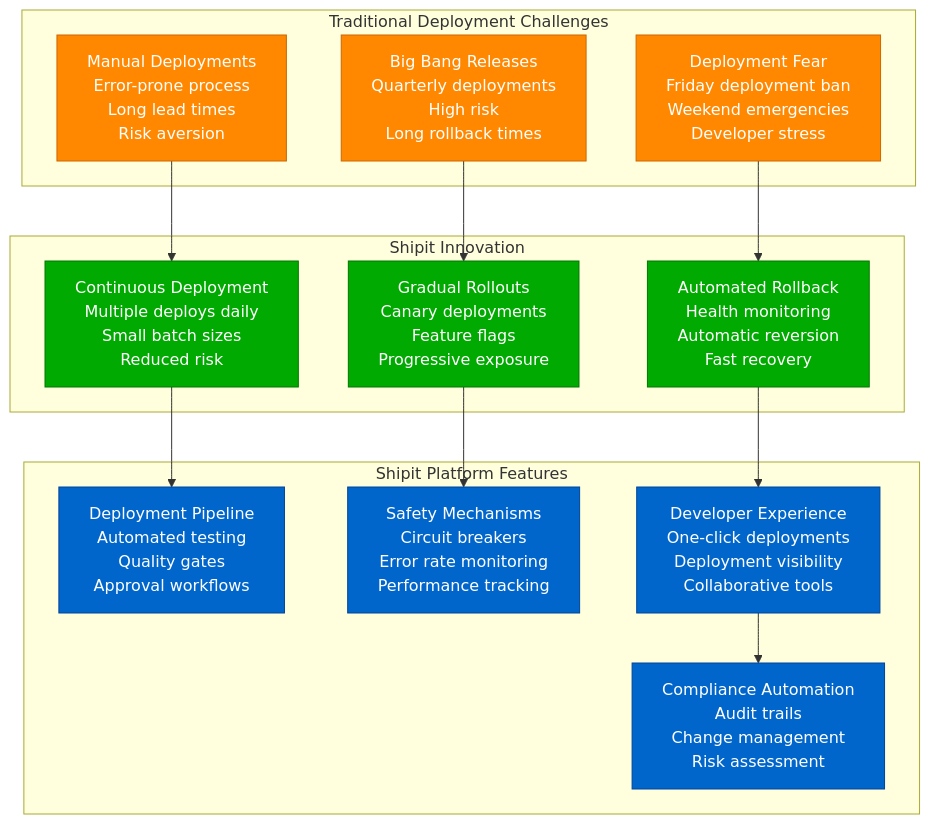
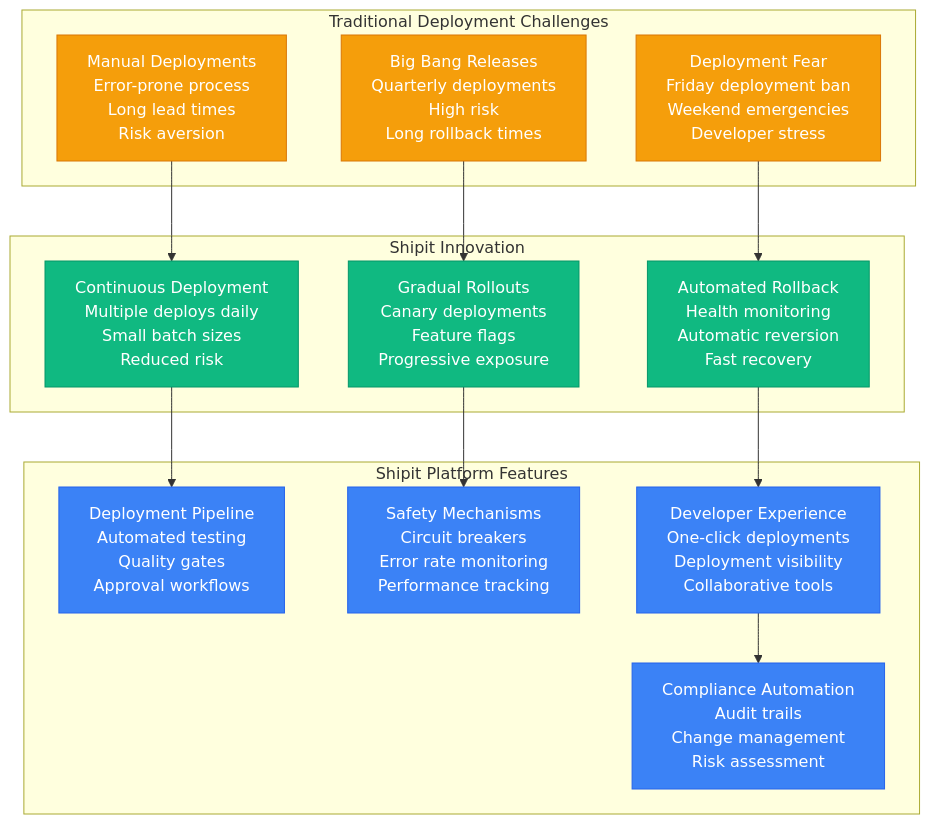
The sixth of 9 diagrams in site/docs/systems/shopify/novel-solutions.md (deepaucksharma/DS), drawn with Mermaid before and after one commit. The commit also changed other lines of this file and 303 other files, not shown here.

````diff
--- a/site/docs/systems/shopify/novel-solutions.md
+++ b/site/docs/systems/shopify/novel-solutions.md
@@ -316,40 +316,40 @@
 ```mermaid
 graph TB
     subgraph "Traditional Deployment Challenges"
         MANUAL_DEPLOYMENTS[Manual Deployments<br/>Error-prone process<br/>Long lead times<br/>Risk aversion]
         BIG_BANG_RELEASES[Big Bang Releases<br/>Quarterly deployments<br/>High risk<br/>Long rollback times]
         DEPLOYMENT_FEAR[Deployment Fear<br/>Friday deployment ban<br/>Weekend emergencies<br/>Developer stress]
     end
 
     subgraph "Shipit Innovation"
         CONTINUOUS_DEPLOYMENT[Continuous Deployment<br/>Multiple deploys daily<br/>Small batch sizes<br/>Reduced risk]
         GRADUAL_ROLLOUTS[Gradual Rollouts<br/>Canary deployments<br/>Feature flags<br/>Progressive exposure]
         AUTOMATED_ROLLBACK[Automated Rollback<br/>Health monitoring<br/>Automatic reversion<br/>Fast recovery]
     end
 
     %% Deployment evolution
     MANUAL_DEPLOYMENTS --> CONTINUOUS_DEPLOYMENT
     BIG_BANG_RELEASES --> GRADUAL_ROLLOUTS
     DEPLOYMENT_FEAR --> AUTOMATED_ROLLBACK
 
     subgraph "Shipit Platform Features"
         DEPLOYMENT_PIPELINE[Deployment Pipeline<br/>Automated testing<br/>Quality gates<br/>Approval workflows]
         SAFETY_MECHANISMS[Safety Mechanisms<br/>Circuit breakers<br/>Error rate monitoring<br/>Performance tracking]
         DEVELOPER_EXPERIENCE[Developer Experience<br/>One-click deployments<br/>Deployment visibility<br/>Collaborative tools]
         COMPLIANCE_AUTOMATION[Compliance Automation<br/>Audit trails<br/>Change management<br/>Risk assessment]
     end
 
     CONTINUOUS_DEPLOYMENT --> DEPLOYMENT_PIPELINE
     GRADUAL_ROLLOUTS --> SAFETY_MECHANISMS
     AUTOMATED_ROLLBACK --> DEVELOPER_EXPERIENCE
     DEVELOPER_EXPERIENCE --> COMPLIANCE_AUTOMATION
 
     %% Apply deployment colors
-    classDef challengeStyle fill:#FF8800,stroke:#CC6600,color:#fff
-    classDef shipitStyle fill:#00AA00,stroke:#007700,color:#fff
-    classDef featureStyle fill:#0066CC,stroke:#004499,color:#fff
+    classDef challengeStyle fill:#F59E0B,stroke:#D97706,color:#fff
+    classDef shipitStyle fill:#10B981,stroke:#059669,color:#fff
+    classDef featureStyle fill:#3B82F6,stroke:#2563EB,color:#fff
 
     class MANUAL_DEPLOYMENTS,BIG_BANG_RELEASES,DEPLOYMENT_FEAR challengeStyle
     class CONTINUOUS_DEPLOYMENT,GRADUAL_ROLLOUTS,AUTOMATED_ROLLBACK shipitStyle
     class DEPLOYMENT_PIPELINE,SAFETY_MECHANISMS,DEVELOPER_EXPERIENCE,COMPLIANCE_AUTOMATION featureStyle
 ```
````
